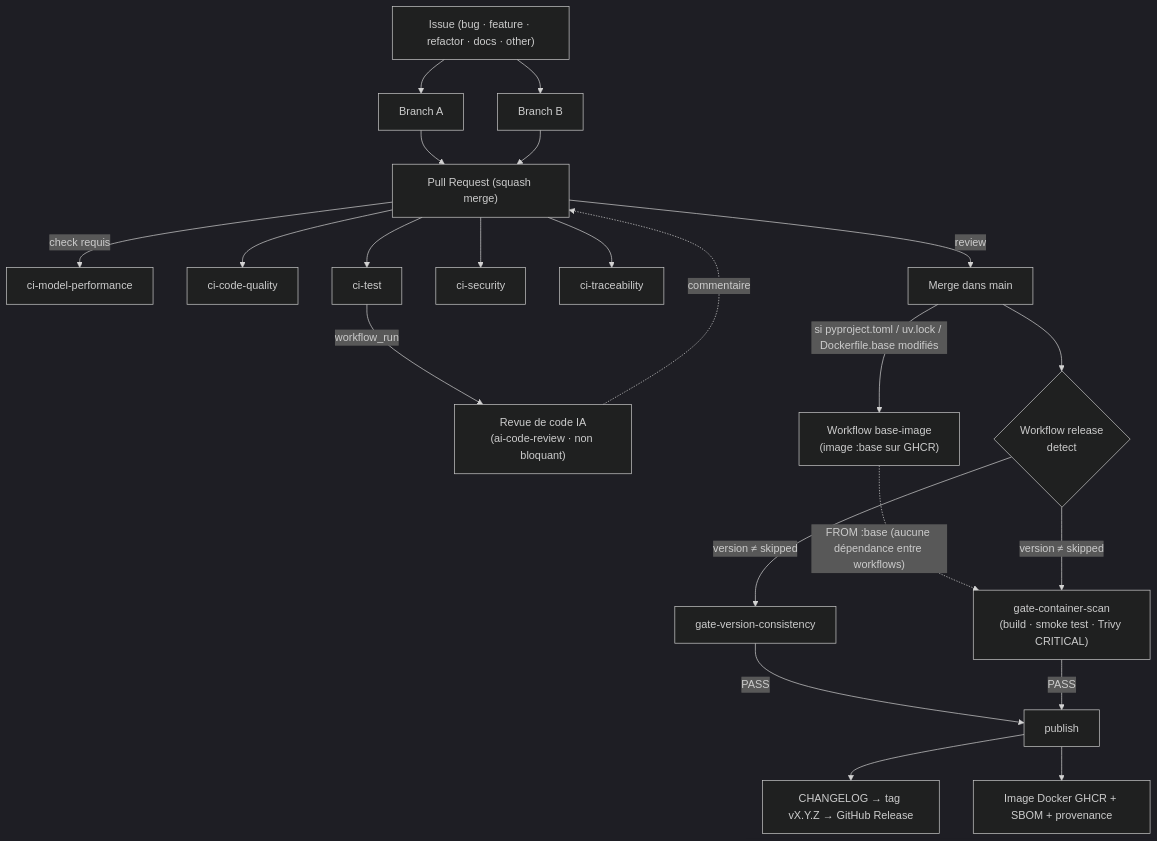
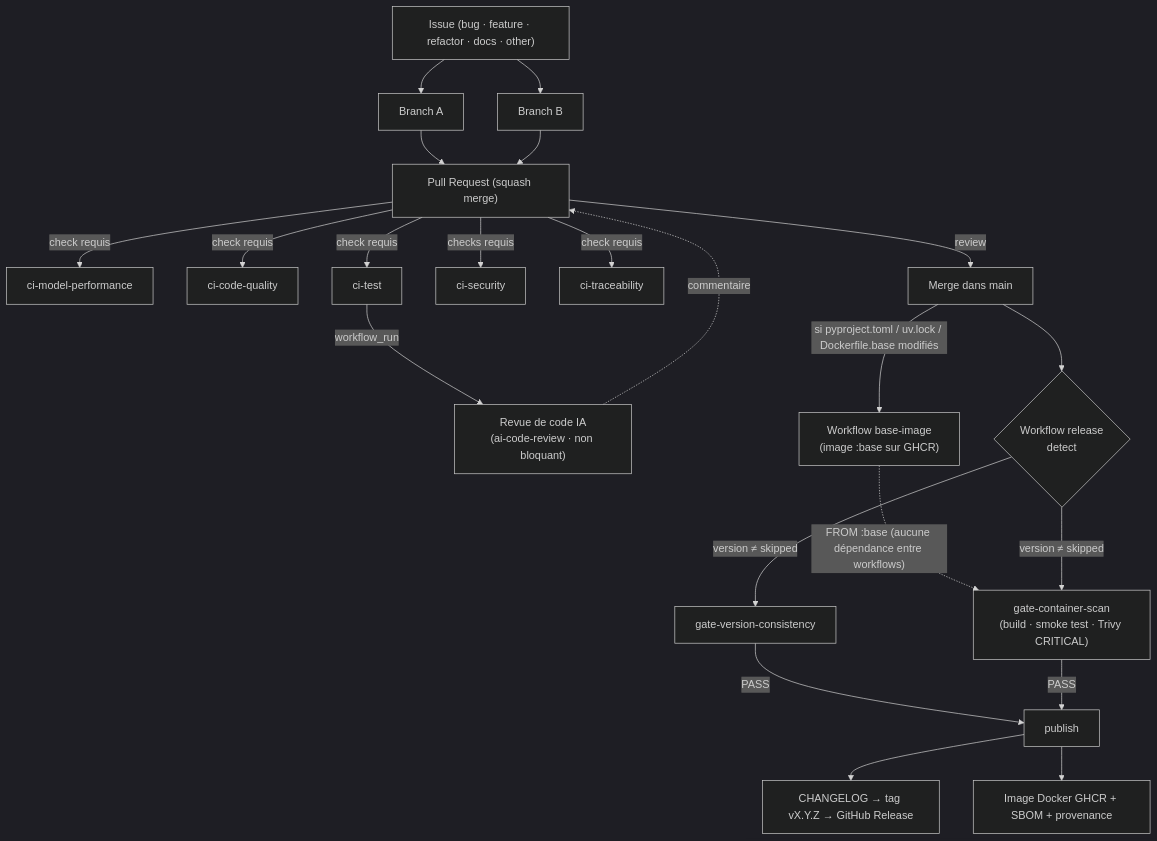
One commit to WillIsback/OC-P5_Deployez_un_modele_de_Machine_Learning changed the diagram in docs/ci-cd/README.md. Above: the diagram before and after it, drawn with Mermaid (dark theme). The commit also changed other lines of this file and 2 other files, not shown here.

Commit message:
docs: checks requis, squash et code scanning imposés par le ruleset de main
Le ruleset « Protection de main » exige désormais tous les jobs CI
(ci-code-quality, ci-test 3.11/3.12, ci-traceability,
ci-model-performance, les quatre jobs de ci-security) et SonarCloud,
n'autorise que le squash et ajoute une règle code_scanning CodeQL.

````diff
--- a/docs/ci-cd/README.md
+++ b/docs/ci-cd/README.md
@@ -17,24 +17,24 @@
 ```mermaid
 graph TD
     Issue["Issue (bug · feature · refactor · docs · other)"] --> BranchA["Branch A"]
     Issue --> BranchB["Branch B"]
     BranchA --> PR["Pull Request (squash merge)"]
     BranchB --> PR
     PR -->|check requis| CI5[ci-model-performance]
-    PR --> CI1[ci-code-quality]
-    PR --> CI2[ci-test]
-    PR --> CI3[ci-security]
-    PR --> CI4[ci-traceability]
+    PR -->|check requis| CI1[ci-code-quality]
+    PR -->|check requis| CI2[ci-test]
+    PR -->|checks requis| CI3[ci-security]
+    PR -->|check requis| CI4[ci-traceability]
     CI2 -->|workflow_run| AI["Revue de code IA<br/>(ai-code-review · non bloquant)"]
     AI -.->|commentaire| PR
     PR -->|review| Merge["Merge dans main"]
     Merge -->|"si pyproject.toml / uv.lock / Dockerfile.base modifiés"| Base["Workflow base-image<br/>(image :base sur GHCR)"]
     Merge --> Detect{"Workflow release<br/>detect"}
     Base -.->|"FROM :base (aucune dépendance entre workflows)"| G2
     Detect -->|"version ≠ skipped"| G1["gate-version-consistency"]
     Detect -->|"version ≠ skipped"| G2["gate-container-scan<br/>(build · smoke test · Trivy CRITICAL)"]
     G1 -->|PASS| Publish["publish"]
     G2 -->|PASS| Publish
     Publish --> Release["CHANGELOG → tag vX.Y.Z → GitHub Release"]
     Publish --> Docker["Image Docker GHCR + SBOM + provenance"]
 ```
````
